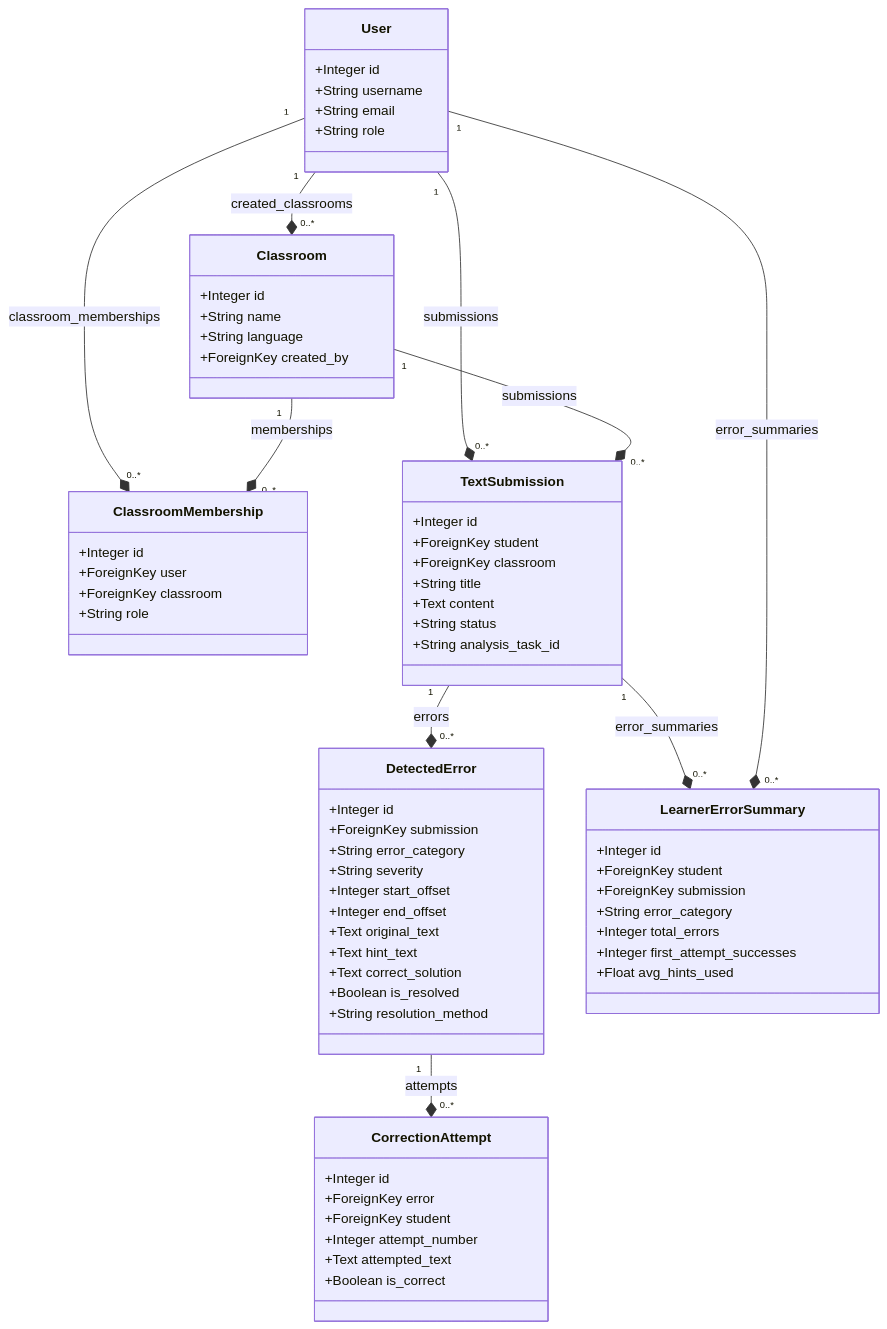
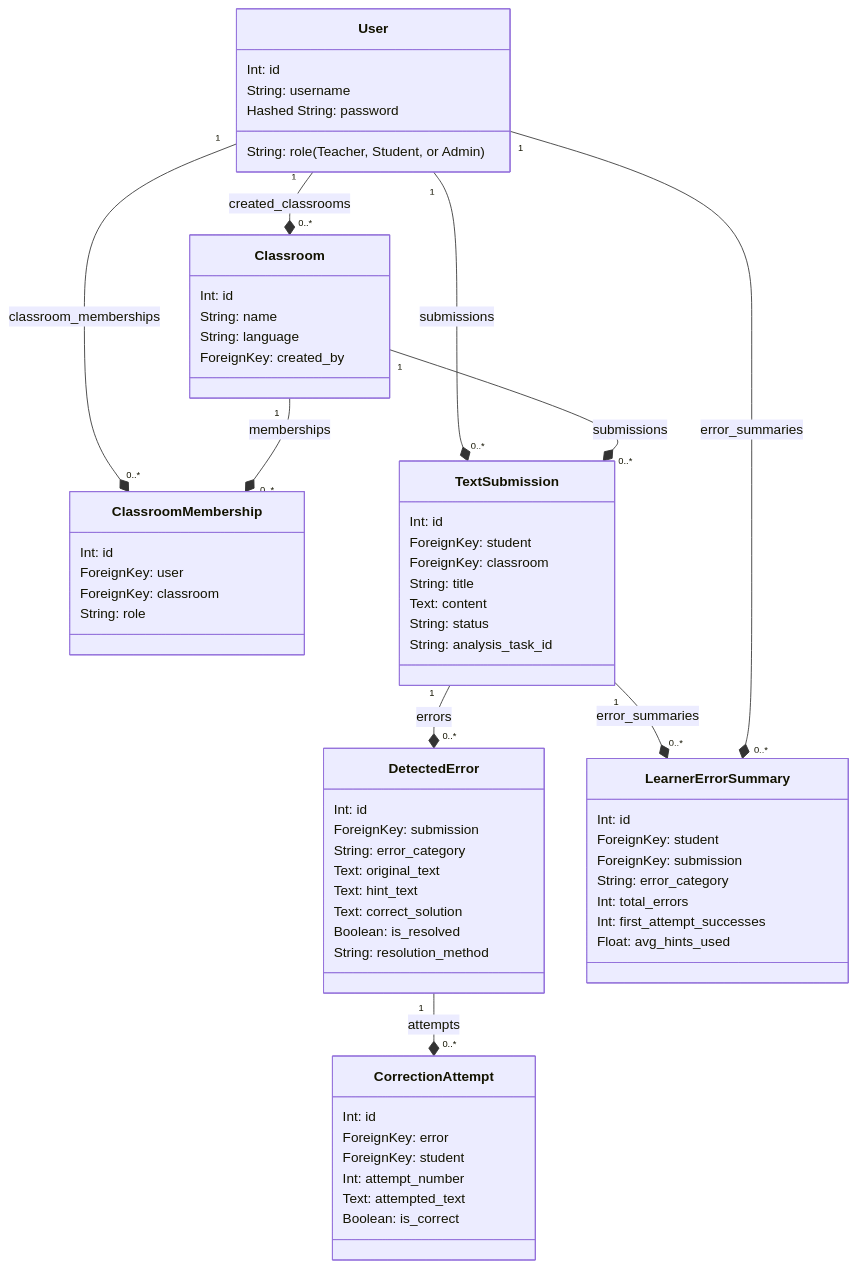
The diagram in docs/06-object-model.md (viquta/MrGrammar), drawn with Mermaid before and after one commit. The commit also changed 6 other files, not shown here.

````diff
--- a/docs/06-object-model.md
+++ b/docs/06-object-model.md
@@ -108,70 +108,67 @@
 ```mermaid
 classDiagram
     class User {
-        +Integer id
-        +String username
-        +String email
-        +String role
+        Int: id
+        String: username
+        Hashed String: password
+        String: role (Teacher, Student, or Admin)
     }
     class Classroom {
-        +Integer id
-        +String name
-        +String language
-        +ForeignKey created_by
+        Int: id
+        String: name
+        String: language
+        ForeignKey: created_by
     }
     class ClassroomMembership {
-        +Integer id
-        +ForeignKey user
-        +ForeignKey classroom
-        +String role
+        Int: id
+        ForeignKey: user
+        ForeignKey: classroom
+        String: role
     }
     class TextSubmission {
-        +Integer id
-        +ForeignKey student
-        +ForeignKey classroom
-        +String title
-        +Text content
-        +String status
-        +String analysis_task_id
+        Int: id
+        ForeignKey: student
+        ForeignKey: classroom
+        String: title
+        Text: content
+        String: status
+        String: analysis_task_id
     }
     class DetectedError {
-        +Integer id
-        +ForeignKey submission
-        +String error_category
-        +String severity
-        +Integer start_offset
-        +Integer end_offset
-        +Text original_text
-        +Text hint_text
-        +Text correct_solution
-        +Boolean is_resolved
-        +String resolution_method
+        Int: id
+        ForeignKey: submission
+        String: error_category
+        Text: original_text
+        Text: hint_text
+        Text: correct_solution
+        Boolean: is_resolved
+        String: resolution_method
     }
     class CorrectionAttempt {
-        +Integer id
-        +ForeignKey error
-        +ForeignKey student
-        +Integer attempt_number
-        +Text attempted_text
-        +Boolean is_correct
+        Int: id
+        ForeignKey: error
+        ForeignKey: student
+        Int: attempt_number
+        Text: attempted_text
+        Boolean: is_correct
     }
     class LearnerErrorSummary {
-        +Integer id
-        +ForeignKey student
-        +ForeignKey submission
-        +String error_category
-        +Integer total_errors
-        +Integer first_attempt_successes
-        +Float avg_hints_used
+        Int: id
+        ForeignKey: student
+        ForeignKey: submission
+        String: error_category
+        Int: total_errors
+        Int: first_attempt_successes
+        Float: avg_hints_used
     }
 
     User "1" --* "0..*" Classroom : created_classrooms
     User "1" --* "0..*" ClassroomMembership : classroom_memberships
     Classroom "1" --* "0..*" ClassroomMembership : memberships
     User "1" --* "0..*" TextSubmission : submissions
     Classroom "1" --* "0..*" TextSubmission : submissions
     TextSubmission "1" --* "0..*" DetectedError : errors
     DetectedError "1" --* "0..*" CorrectionAttempt : attempts
     TextSubmission "1" --* "0..*" LearnerErrorSummary : error_summaries
     User "1" --* "0..*" LearnerErrorSummary : error_summaries
 ```
````
